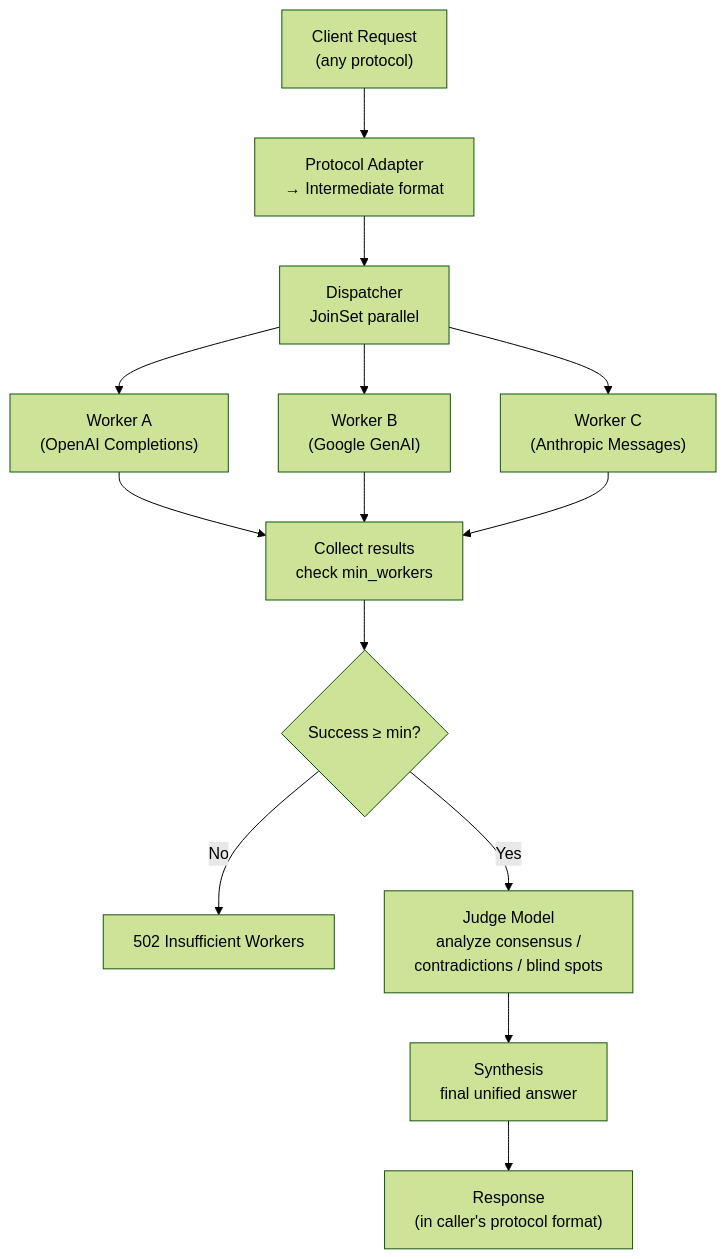
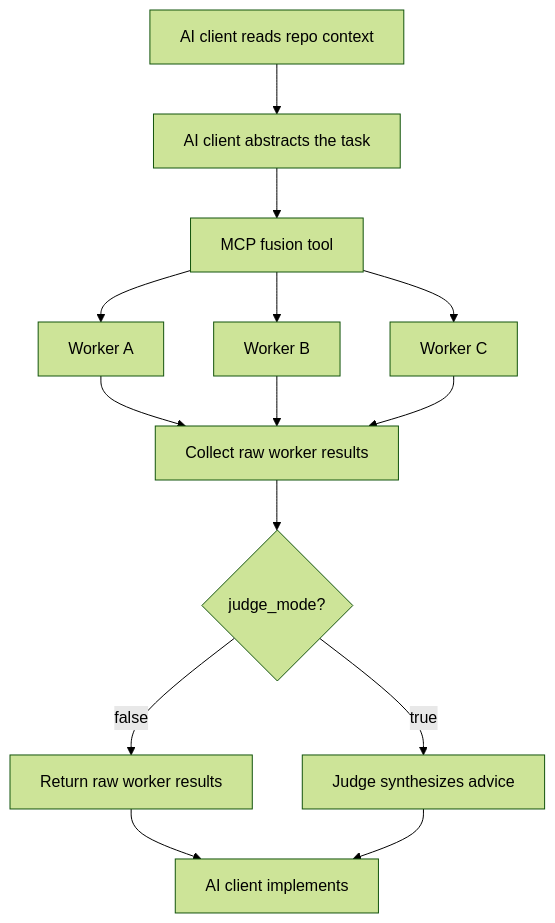
One commit to AnNingUI/OpenFusion changed the diagram in README.md. Above: the diagram before and after it, drawn with Mermaid (forest theme). The commit also changed other lines of this file and 28 other files, not shown here.

````diff
--- a/README.md
+++ b/README.md
@@ -157,16 +98,16 @@
 ```mermaid
 flowchart TD
-    A["Client Request\n(any protocol)"] --> B["Protocol Adapter\n→ Intermediate format"]
-    B --> C["Dispatcher\nJoinSet parallel"]
-    C --> D1["Worker A\n(OpenAI Completions)"]
-    C --> D2["Worker B\n(Google GenAI)"]
-    C --> D3["Worker C\n(Anthropic Messages)"]
-    D1 --> E["Collect results\ncheck min_workers"]
+    A["AI client reads repo context"] --> B["AI client abstracts the task"]
+    B --> C["MCP fusion tool"]
+    C --> D1["Worker A"]
+    C --> D2["Worker B"]
+    C --> D3["Worker C"]
+    D1 --> E["Collect raw worker results"]
     D2 --> E
     D3 --> E
-    E --> F{"Success ≥ min?"}
-    F -->|No| G["502 Insufficient Workers"]
-    F -->|Yes| H["Judge Model\nanalyze consensus /\ncontradictions / blind spots"]
-    H --> I["Synthesis\nfinal unified answer"]
-    I --> J["Response\n(in caller's protocol format)"]
+    E --> F{"judge_mode?"}
+    F -->|false| G["Return raw worker results"]
+    F -->|true| H["Judge synthesizes advice"]
+    G --> I["AI client implements"]
+    H --> I
 ```
````
